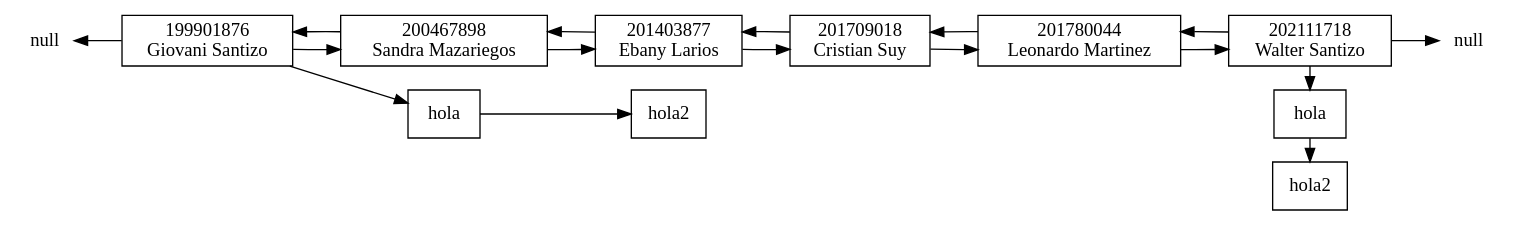
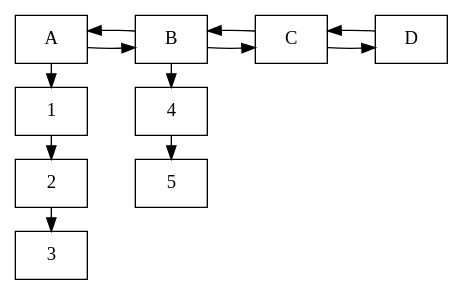
Before and after one commit to walterjav19/EDD_1S2023_PY_202111718: the diagram in EDD_Proyecto1_Fase1/ejemplo.dot, drawn with Graphviz. The commit also changed 11 other files, not shown here.

```diff
--- a/EDD_Proyecto1_Fase1/ejemplo.dot
+++ b/EDD_Proyecto1_Fase1/ejemplo.dot
@@ -1,38 +1,28 @@
 digraph LinkedList {
 	rankdir=LR;
 	node [shape=box];
-	nullI [shape=none, label="null", style=bold, height=0, width=0];
-	nullF [shape=none, label="null", style=bold, height=0, width=0];
-	a199901876[label="199901876\nGiovani Santizo"]
-	a199901876->a200467898
-	nullI->a199901876[dir=back]
-	a200467898[label="200467898\nSandra Mazariegos"]
-	a200467898->a201403877
-	a200467898->a199901876
-	a201403877[label="201403877\nEbany Larios"]
-	a201403877->a201709018
-	a201403877->a200467898
-	a201709018[label="201709018\nCristian Suy"]
-	a201709018->a201780044
-	a201709018->a201403877
-	a201780044[label="201780044\nLeonardo Martinez"]
-	a201780044->a202111718
-	a201780044->a201709018
-	a202111718[label="202111718\nWalter Santizo"]
-	a202111718->a201780044
-	a202111718->nullF
+	a[label="A"]
+	b[label="B"]
+	c[label="C"]
+	d[label="D"]
+	a->b->c->d;
+	d->c->b->a;
 
-	
-	n0[label="hola"]
-	n0->n1
-	n1[label="hola2"]
-	a199901876->n0
-	{rank=same;a199901876};
+	n1[label="1"]
+	n2[label="2"]
+	n3[label="3"]
+
+	a->n1->n2->n3
+
+	{rank=same;a,n1,n2,n3}
 
 
-	a202111718->n2
-	n2[label="hola"]
-	n2->n3
-	n3[label="hola2"]
-	{ rank=same;a202111718,n2,n3}
+
+	n4[label="4"]
+	n5[label="5"]
+
+	b->n4->n5
+
+	{rank=same;b,n4,n5}
+
 }
```
